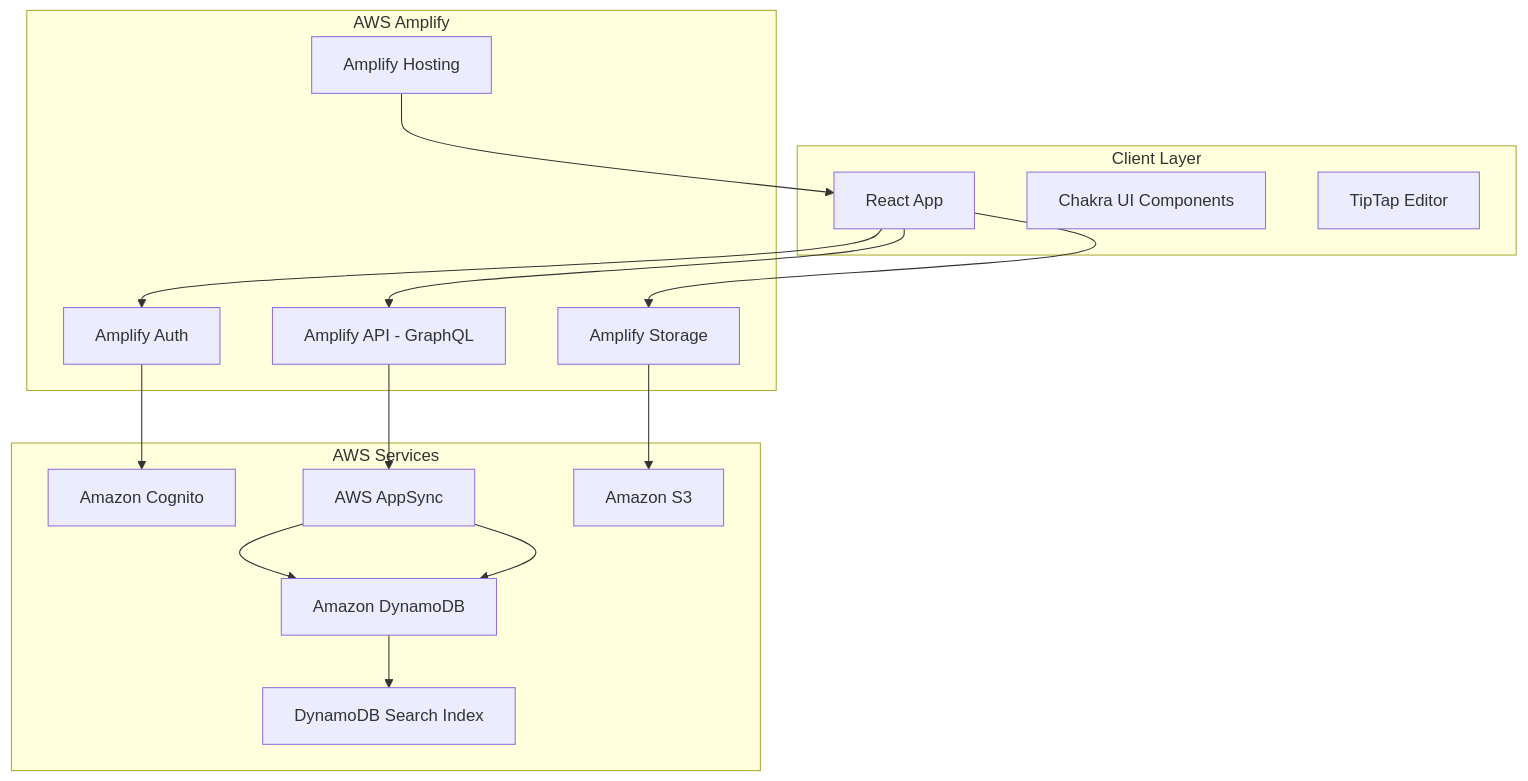
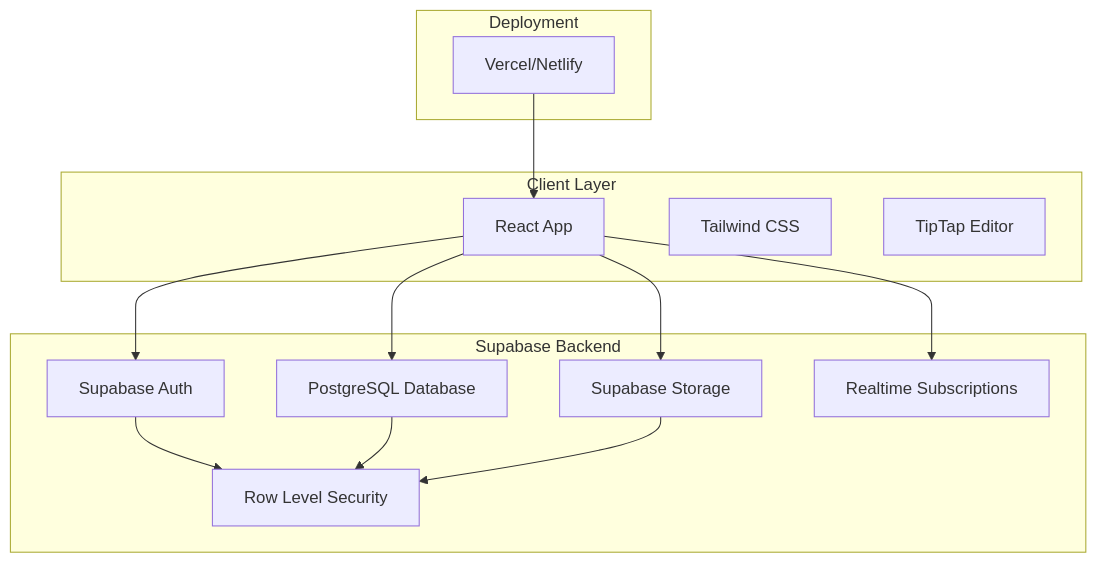
The first of 2 diagrams in .kiro/specs/web-note-app/design.md (Frederick-S/mininote), drawn with Mermaid before and after one commit. The commit also changed other lines of this file and 2 other files, not shown here.

First line of the commit message:
Redesign spec to use Supabase instead of AWS Amplify

````diff
--- a/.kiro/specs/web-note-app/design.md
+++ b/.kiro/specs/web-note-app/design.md
@@ -24,34 +24,29 @@
 ```mermaid
 graph TB
     subgraph "Client Layer"
         A[React App]
-        B[Chakra UI Components]
+        B[Tailwind CSS]
         C[TipTap Editor]
     end
     
-    subgraph "AWS Amplify"
-        D[Amplify Auth]
-        E[Amplify API - GraphQL]
-        F[Amplify Storage]
-        G[Amplify Hosting]
+    subgraph "Supabase Backend"
+        D[Supabase Auth]
+        E[PostgreSQL Database]
+        F[Supabase Storage]
+        G[Realtime Subscriptions]
+        H[Row Level Security]
     end
     
-    subgraph "AWS Services"
-        H[Amazon Cognito]
-        I[AWS AppSync]
-        J[Amazon DynamoDB]
-        K[Amazon S3]
-        L[DynamoDB Search Index]
+    subgraph "Deployment"
+        I[Vercel/Netlify]
     end
     
     A --> D
     A --> E
     A --> F
+    A --> G
     D --> H
-    E --> I
-    F --> K
-    I --> J
-    I --> J
-    J --> L
-    G --> A
+    E --> H
+    F --> H
+    I --> A
 ```
````
